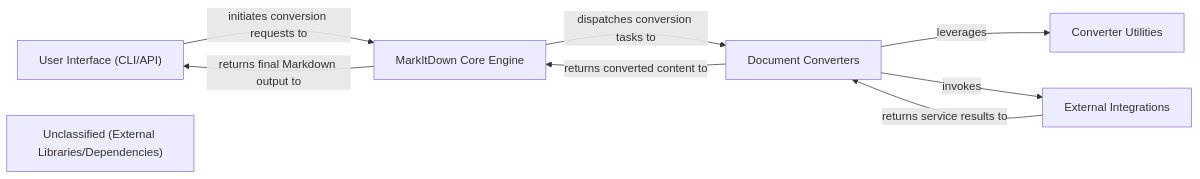
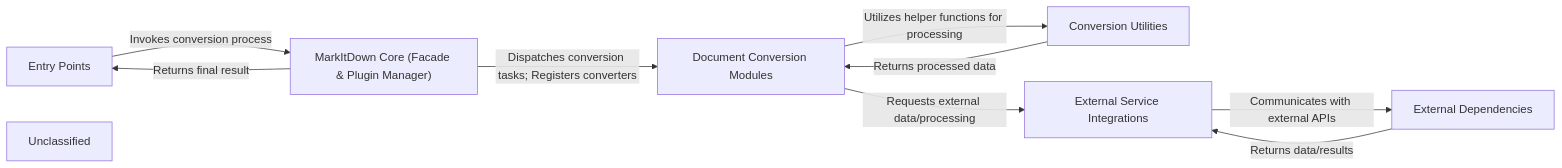
Before and after one commit to CodeBoarding/GeneratedOnBoardings: the diagram in markitdown/on_boarding.md, drawn with Mermaid. The commit also changed other lines of this file, not shown here.

````diff
--- a/markitdown/on_boarding.md
+++ b/markitdown/on_boarding.md
@@ -1,16 +1,18 @@
 ```mermaid
 graph LR
-    User_Interface_CLI_API_["User Interface (CLI/API)"]
-    MarkItDown_Core_Engine["MarkItDown Core Engine"]
-    Document_Converters["Document Converters"]
-    Converter_Utilities["Converter Utilities"]
-    External_Integrations["External Integrations"]
-    Unclassified_External_Libraries_Dependencies_["Unclassified (External Libraries/Dependencies)"]
-    User_Interface_CLI_API_ -- "initiates conversion requests to" --> MarkItDown_Core_Engine
-    MarkItDown_Core_Engine -- "dispatches conversion tasks to" --> Document_Converters
-    Document_Converters -- "returns converted content to" --> MarkItDown_Core_Engine
-    Document_Converters -- "leverages" --> Converter_Utilities
-    Document_Converters -- "invokes" --> External_Integrations
-    External_Integrations -- "returns service results to" --> Document_Converters
-    MarkItDown_Core_Engine -- "returns final Markdown output to" --> User_Interface_CLI_API_
+    Entry_Points["Entry Points"]
+    MarkItDown_Core_Facade_Plugin_Manager_["MarkItDown Core (Facade & Plugin Manager)"]
+    Document_Conversion_Modules["Document Conversion Modules"]
+    Conversion_Utilities["Conversion Utilities"]
+    External_Service_Integrations["External Service Integrations"]
+    External_Dependencies["External Dependencies"]
+    Unclassified["Unclassified"]
+    Entry_Points -- "Invokes conversion process" --> MarkItDown_Core_Facade_Plugin_Manager_
+    MarkItDown_Core_Facade_Plugin_Manager_ -- "Dispatches conversion tasks; Registers converters" --> Document_Conversion_Modules
+    Document_Conversion_Modules -- "Utilizes helper functions for processing" --> Conversion_Utilities
+    Document_Conversion_Modules -- "Requests external data/processing" --> External_Service_Integrations
+    External_Service_Integrations -- "Communicates with external APIs" --> External_Dependencies
+    External_Dependencies -- "Returns data/results" --> External_Service_Integrations
+    Conversion_Utilities -- "Returns processed data" --> Document_Conversion_Modules
+    MarkItDown_Core_Facade_Plugin_Manager_ -- "Returns final result" --> Entry_Points
 ```
````
